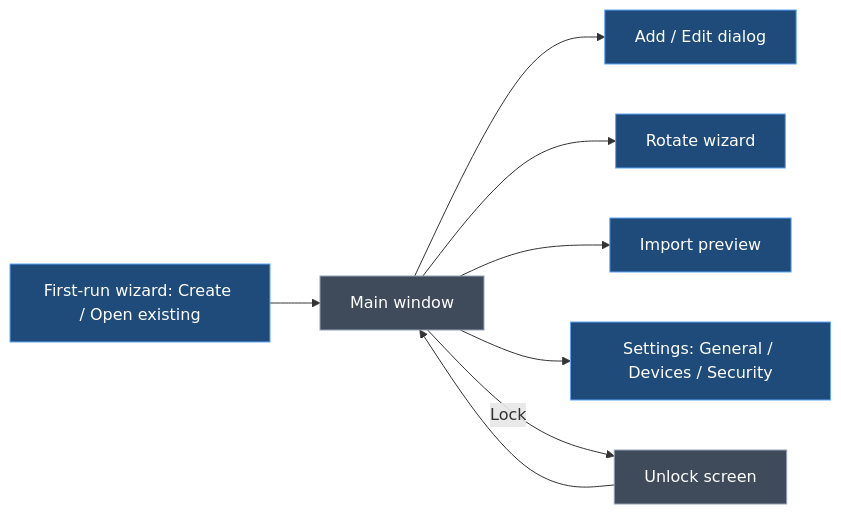
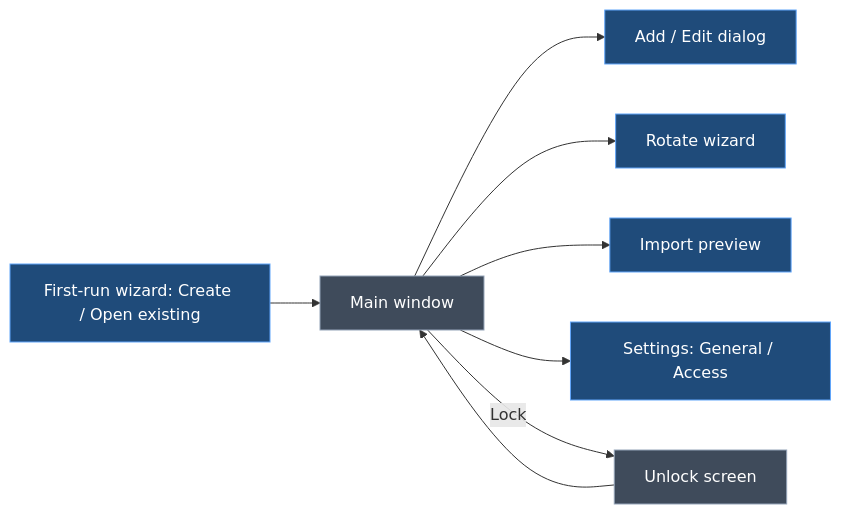
One commit to dandrejvv/ApiKeyVault changed the fifth of 5 diagrams in intent/.plans/2026-10-05-apikeyvault-cryptography-persistence-des.md. Above: the diagram before and after it, drawn with Mermaid. The commit also changed other lines of this file, not shown here.

````diff
--- a/intent/.plans/2026-10-05-apikeyvault-cryptography-persistence-des.md
+++ b/intent/.plans/2026-10-05-apikeyvault-cryptography-persistence-des.md
@@ -942,12 +989,12 @@
 ```mermaid
 flowchart LR
   classDef existing fill:#3f4b5b,stroke:#94a3b8,color:#ffffff
   classDef added fill:#1f4b7a,stroke:#60a5fa,color:#ffffff
   FR[First-run wizard: Create / Open existing]:::added --> MAIN
   UL[Unlock screen]:::existing --> MAIN[Main window]:::existing
   MAIN --> ADD[Add / Edit dialog]:::added
   MAIN --> ROT[Rotate wizard]:::added
   MAIN --> IMP[Import preview]:::added
-  MAIN --> SET[Settings: General / Devices / Security]:::added
+  MAIN --> SET[Settings: General / Access]:::added
   MAIN -->|Lock| UL
 ```
````
